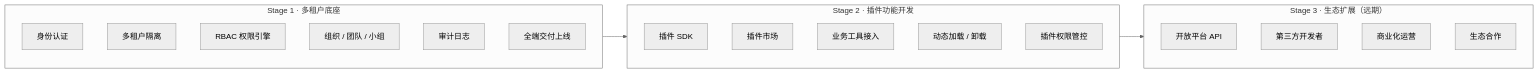
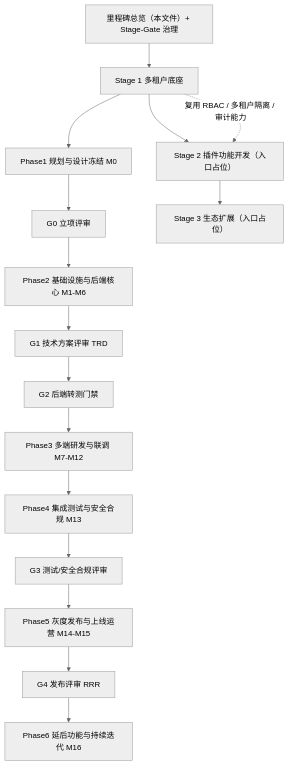
The first of 2 diagrams in wiki/01-项目总览/03-里程碑/里程碑.md (huangsf89757/XYFamily), drawn with Mermaid (neutral theme) before and after one commit. The commit also changed other lines of this file and 46 other files, not shown here.

````diff
--- a/wiki/01-项目总览/03-里程碑/里程碑.md
+++ b/wiki/01-项目总览/03-里程碑/里程碑.md
@@ -54,28 +107,22 @@
 ```mermaid
-flowchart LR
-    subgraph P1["Stage 1 · 多租户底座"]
-        direction TB
-        P1a["身份认证"]
-        P1b["多租户隔离"]
-        P1c["RBAC 权限引擎"]
-        P1d["组织 / 团队 / 小组"]
-        P1e["审计日志"]
-        P1f["全端交付上线"]
-    end
-    subgraph P2["Stage 2 · 插件功能开发"]
-        direction TB
-        P2a["插件 SDK"]
-        P2b["插件市场"]
-        P2c["业务工具接入"]
-        P2d["动态加载 / 卸载"]
-        P2e["插件权限管控"]
-    end
-    subgraph P3["Stage 3 · 生态扩展（远期）"]
-        direction TB
-        P3a["开放平台 API"]
-        P3b["第三方开发者"]
-        P3c["商业化运营"]
-        P3d["生态合作"]
-    end
-    P1 --> P2 --> P3
+flowchart TD
+    TOP["里程碑总览（本文件）+ Stage-Gate 治理"]
+    S1["Stage 1 多租户底座"]
+    G0["G0 立项评审"]
+    G1["G1 技术方案评审 TRD"]
+    G2["G2 后端转测门禁"]
+    G3["G3 测试/安全合规评审"]
+    G4["G4 发布评审 RRR"]
+    P1["Phase1 规划与设计冻结 M0"]
+    P2["Phase2 基础设施与后端核心 M1-M6"]
+    P3["Phase3 多端研发与联调 M7-M12"]
+    P4["Phase4 集成测试与安全合规 M13"]
+    P5["Phase5 灰度发布与上线运营 M14-M15"]
+    P6["Phase6 延后功能与持续迭代 M16"]
+    S2["Stage 2 插件功能开发（入口占位）"]
+    S3["Stage 3 生态扩展（入口占位）"]
+
+    TOP --> S1 --> S2 --> S3
+    S1 --> P1 --> G0 --> P2 --> G1 --> G2 --> P3 --> P4 --> G3 --> P5 --> G4 --> P6
+    S1 -. "复用 RBAC / 多租户隔离 / 审计能力" .-> S2
 ```
````
